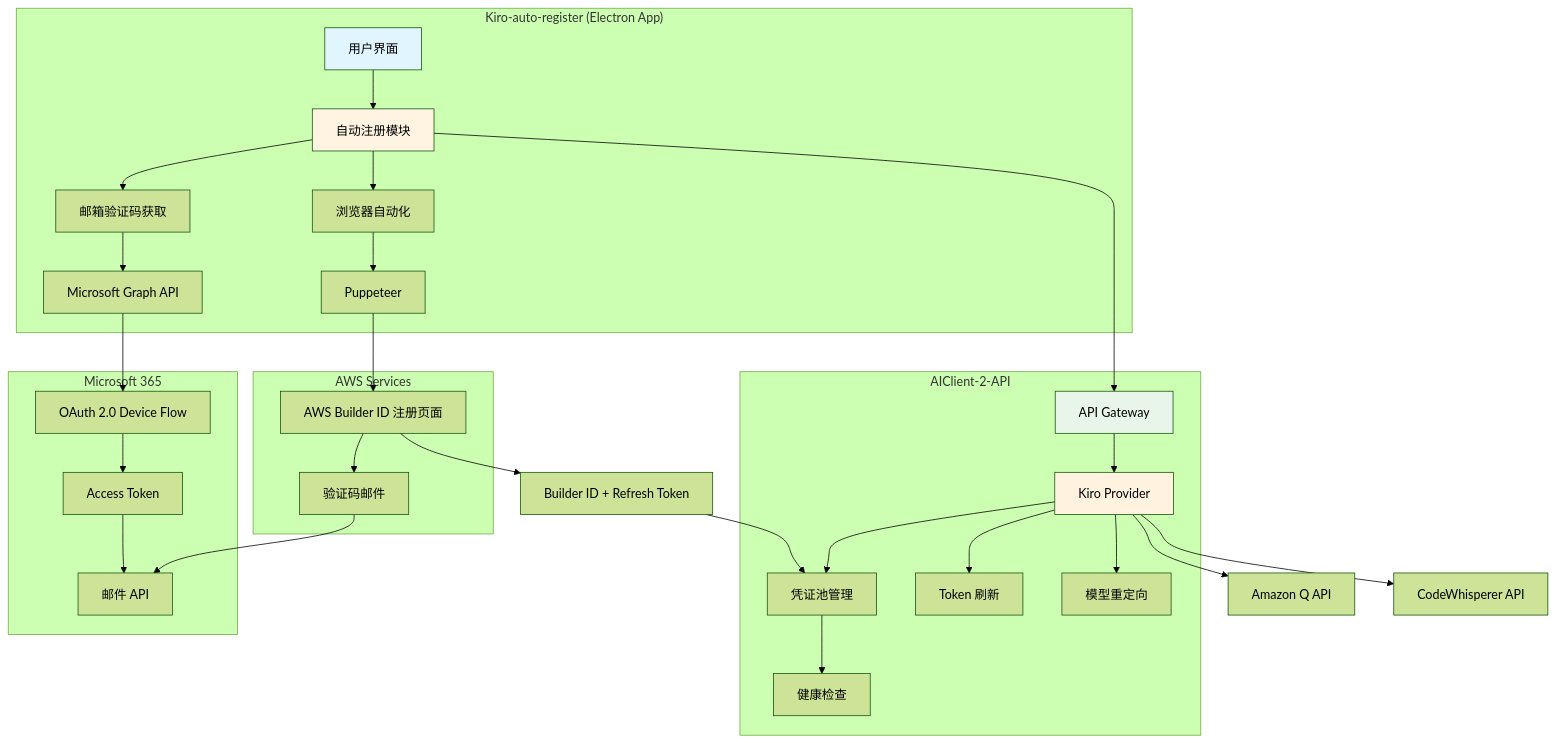
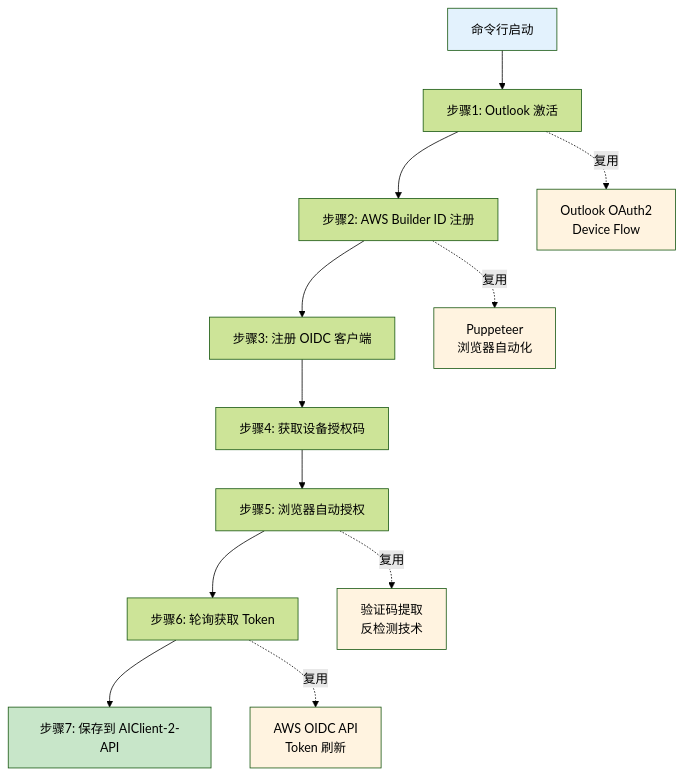
The diagram in content/posts/SecondaryDevelopment/AWS Builder ID 自动化注册技术总结.md (Rupert-WLLP-Bai/quartz-blog), drawn with Mermaid (forest theme) before and after one commit. The commit also changed other lines of this file and 8 other files, not shown here.

First line of the commit message:
feat: integrate D2 diagram support via Kroki and convert all Mermaid diagrams

````diff
--- a/content/posts/SecondaryDevelopment/AWS Builder ID 自动化注册技术总结.md
+++ b/content/posts/SecondaryDevelopment/AWS Builder ID 自动化注册技术总结.md
@@ -55,38 +894,22 @@
 ```mermaid
+flowchart TB
+    A[命令行启动] --> B[步骤1: Outlook 激活]
+    B --> C[步骤2: AWS Builder ID 注册]
+    C --> D[步骤3: 注册 OIDC 客户端]
+    D --> E[步骤4: 获取设备授权码]
+    E --> F[步骤5: 浏览器自动授权]
+    F --> G[步骤6: 轮询获取 Token]
+    G --> H[步骤7: 保存到 AIClient-2-API]
 
-graph TB
-subgraph "Kiro-auto-register (Electron App)"
-A[用户界面] --> B[自动注册模块]
-B --> C[邮箱验证码获取]
-B --> D[浏览器自动化]
-C --> E[Microsoft Graph API]
-D --> F[Puppeteer]
-end
-subgraph "Microsoft 365"
-E --> G[OAuth 2.0 Device Flow]
-G --> H[Access Token]
-H --> I[邮件 API]
-end
-subgraph "AWS Services"
-F --> J[AWS Builder ID 注册页面]
-J --> K[验证码邮件]
-K --> I
-end
-subgraph "AIClient-2-API"
-L[API Gateway] --> M[Kiro Provider]
-M --> N[凭证池管理]
-M --> O[Token 刷新]
-M --> P[模型重定向]
-N --> Q[健康检查]
-end
-B --> L
-J --> R[Builder ID + Refresh Token]
-R --> N
-M --> S[Amazon Q API]
-M --> T[CodeWhisperer API]
-style A fill:#e1f5ff
-style B fill:#fff4e1
-style L fill:#e8f5e9
-style M fill:#fff3e0
+    B -.复用.-> B1[Outlook OAuth2<br/>Device Flow]
+    C -.复用.-> C1[Puppeteer<br/>浏览器自动化]
+    F -.复用.-> F1[验证码提取<br/>反检测技术]
+    G -.复用.-> G1[AWS OIDC API<br/>Token 刷新]
 
+    style A fill:#e3f2fd
+    style H fill:#c8e6c9
+    style B1 fill:#fff3e0
+    style C1 fill:#fff3e0
+    style F1 fill:#fff3e0
+    style G1 fill:#fff3e0
 ```
````
